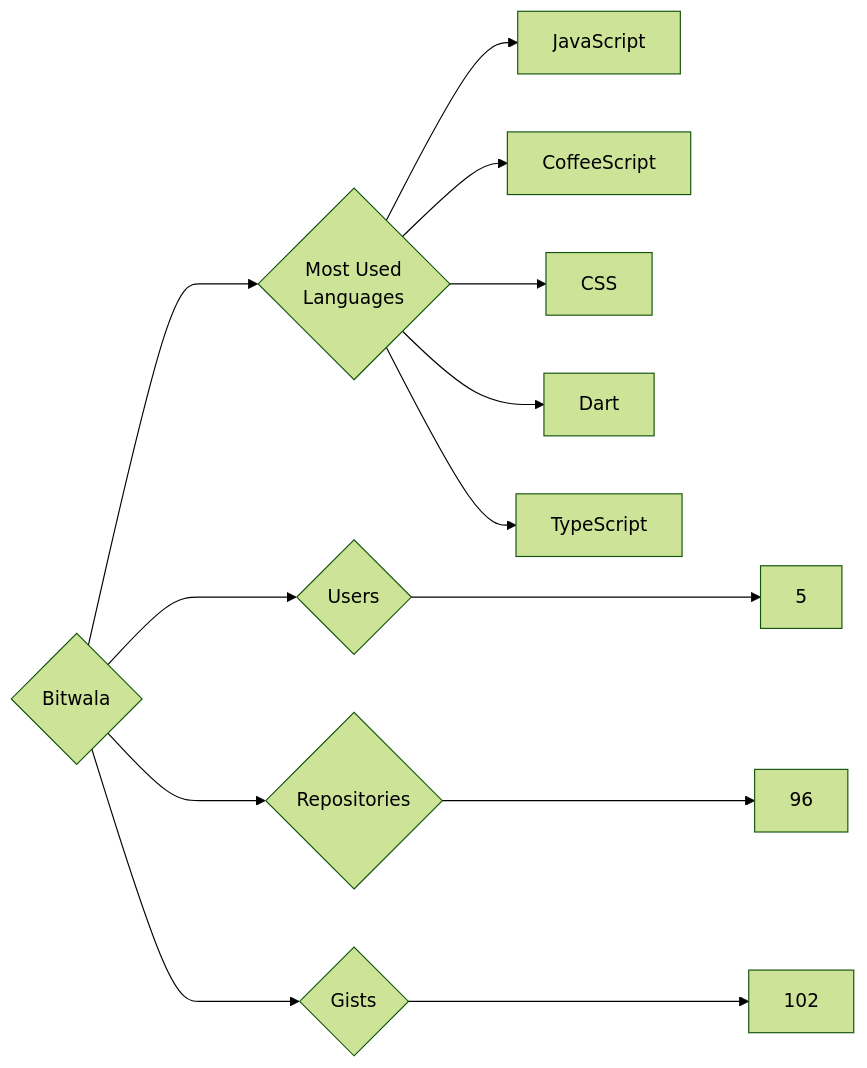
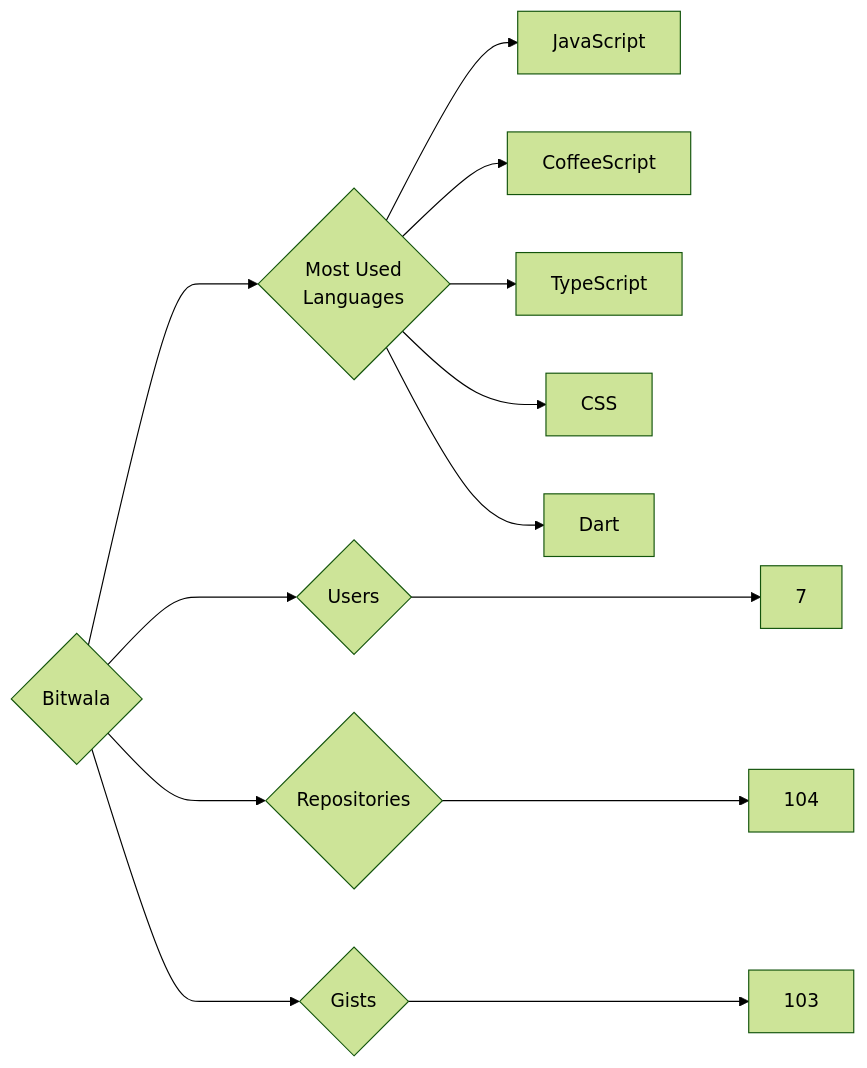
One commit to trickest/insiders changed the diagram in targets/Bitwala/README.md. Above: the diagram before and after it, drawn with Mermaid (forest theme). The commit also changed 1314 other files, not shown here.

````diff
--- a/targets/Bitwala/README.md
+++ b/targets/Bitwala/README.md
@@ -3,13 +3,13 @@
 ```mermaid
 graph LR
 COMPANY_NAME{Bitwala}
-COMPANY_NAME ---> U{Users} ---> UN[5]
-COMPANY_NAME ---> R{Repositories} ---> RN[96]
-COMPANY_NAME ---> G{Gists} ---> GN[102]
+COMPANY_NAME ---> U{Users} ---> UN[7]
+COMPANY_NAME ---> R{Repositories} ---> RN[104]
+COMPANY_NAME ---> G{Gists} ---> GN[103]
 COMPANY_NAME ---> ML{Most Used<br>Languages}
 ML --> JavaScript[JavaScript]
 ML --> CoffeeScript[CoffeeScript]
+ML --> TypeScript[TypeScript]
 ML --> CSS[CSS]
 ML --> Dart[Dart]
-ML --> TypeScript[TypeScript]
 ```
````
